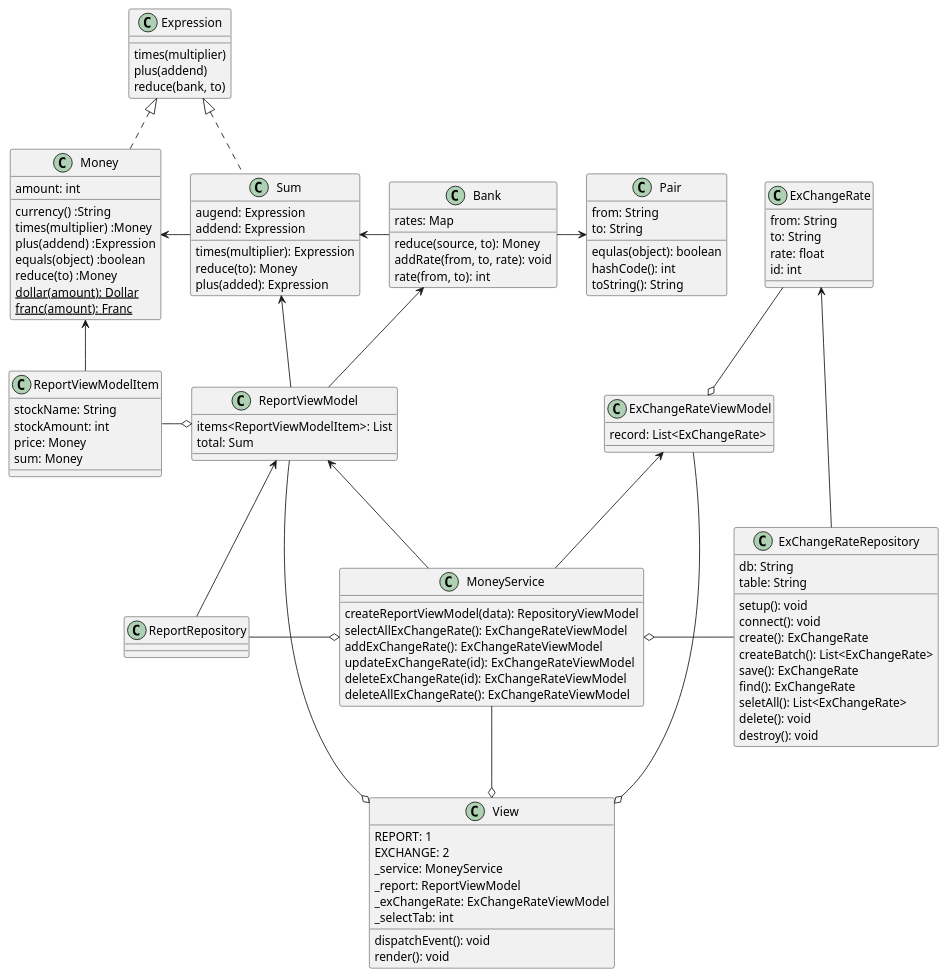
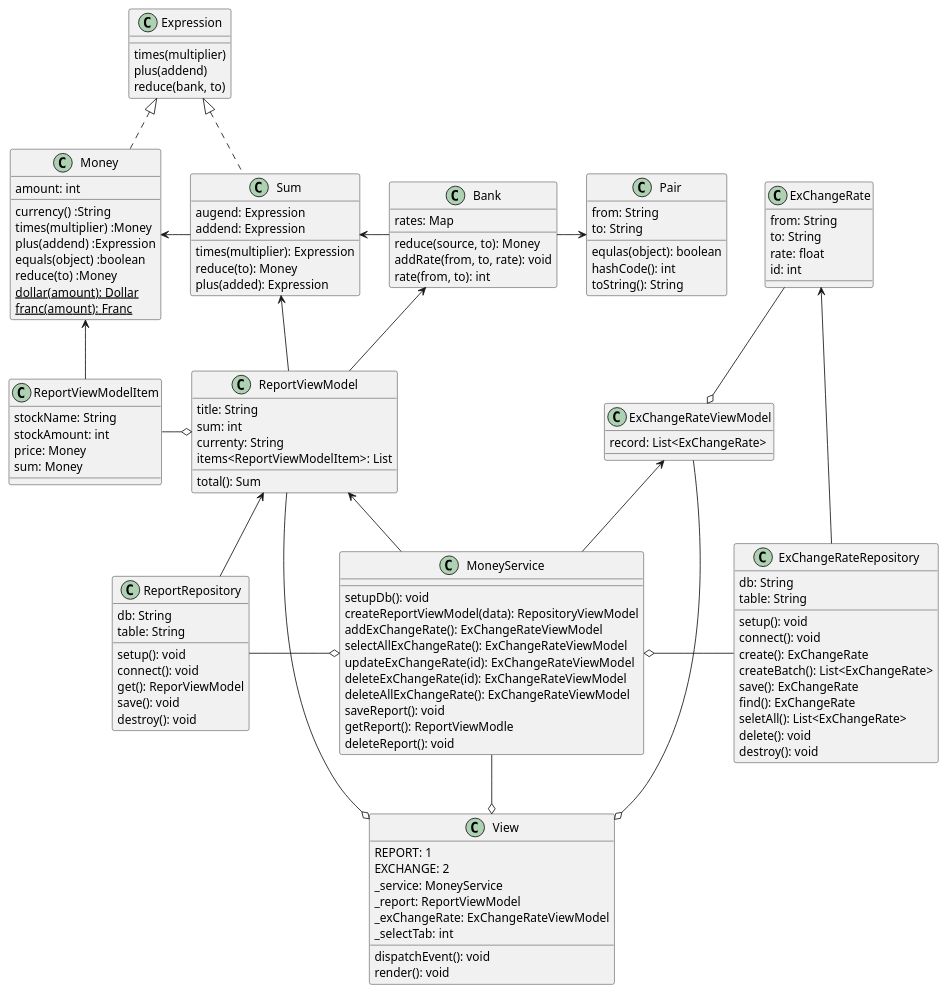
The diagram in docs/src/spec/the_money_example.adoc (hiroshima-arc/pragmatic_programing), drawn with PlantUML before and after one commit. The commit also changed other lines of this file and 2 other files, not shown here.

Commit message:
docs: ドキュメント更新

```diff
--- a/docs/src/spec/the_money_example.adoc
+++ b/docs/src/spec/the_money_example.adoc
@@ -117,8 +117,11 @@
   id: int
 }
 class ReportViewModel {
+  title: String
+  sum: int
+  currenty: String
   items<ReportViewModelItem>: List
-  total: Sum
+  total(): Sum
 }
 class ReportViewModelItem {
   stockName: String
@@ -130,14 +133,25 @@
   record: List<ExChangeRate>
 }
 class MoneyService {
+  setupDb(): void
   createReportViewModel(data): RepositoryViewModel
+  addExChangeRate(): ExChangeRateViewModel
   selectAllExChangeRate(): ExChangeRateViewModel
-  addExChangeRate(): ExChangeRateViewModel
   updateExChangeRate(id):  ExChangeRateViewModel
   deleteExChangeRate(id): ExChangeRateViewModel
   deleteAllExChangeRate(): ExChangeRateViewModel
+  saveReport(): void
+  getReport(): ReportViewModle
+  deleteReport(): void
 }
 class ReportRepository {
+  db: String
+  table: String
+  setup(): void
+  connect(): void
+  get(): ReporViewModel
+  save(): void
+  destroy(): void
 }
 class ExChangeRateRepository {
   db: String
```
